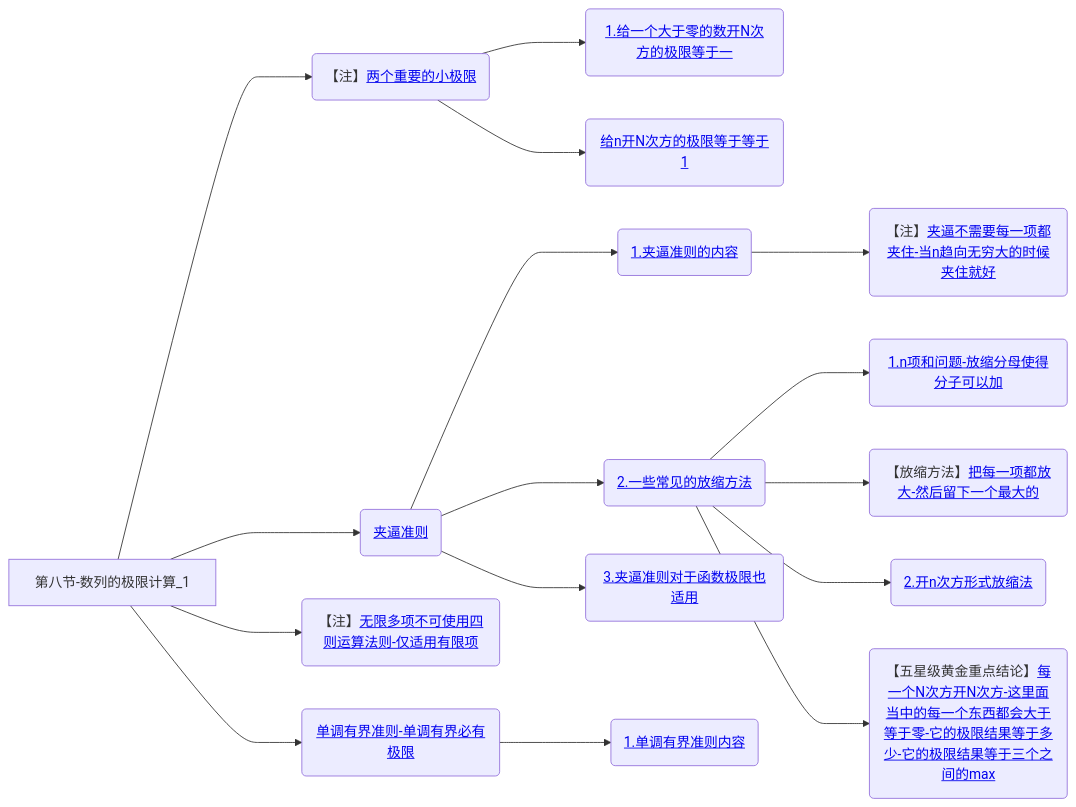
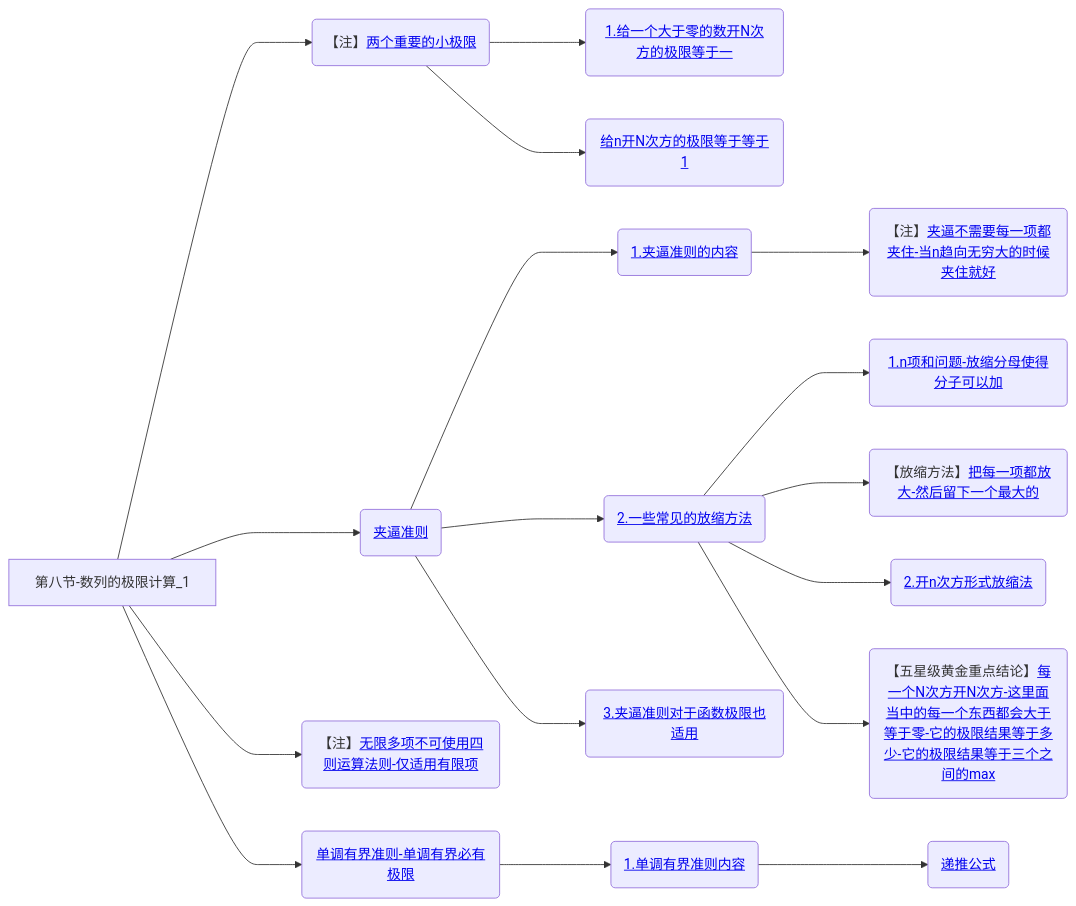
One commit to yuebinghui/note changed the eighth of 8 diagrams in 笔记/数学/周洋鑫/01.基础班思维导图.md. Above: the diagram before and after it, drawn with Mermaid. The commit also changed 9 other files, not shown here.

````diff
--- a/笔记/数学/周洋鑫/01.基础班思维导图.md
+++ b/笔记/数学/周洋鑫/01.基础班思维导图.md
@@ -311,26 +311,27 @@
 ```mermaid
 graph LR
 第八节-数列的极限计算_1
 
 第八节-数列的极限计算_1--->两个重要的小极限(【注】<a href="/Users/yuebinghui/Documents/program/github/note/笔记/数学/周洋鑫/基础班/08.数列的极限计算_1.md#两个重要的小极限">两个重要的小极限</>)
 两个重要的小极限--->1.给一个大于零的数开N次方的极限等于一(<a href="/Users/yuebinghui/Documents/program/github/note/笔记/数学/周洋鑫/基础班/08.数列的极限计算_1.md#1.给一个大于零的数开N次方的极限等于一">1.给一个大于零的数开N次方的极限等于一</>)
 两个重要的小极限--->给n开N次方的极限等于等于1(<a href="/Users/yuebinghui/Documents/program/github/note/笔记/数学/周洋鑫/基础班/08.数列的极限计算_1.md#给n开N次方的极限等于等于1">给n开N次方的极限等于等于1</>)
 
 第八节-数列的极限计算_1--->夹逼准则(<a href="/Users/yuebinghui/Documents/program/github/note/笔记/数学/周洋鑫/基础班/08.数列的极限计算_1.md#夹逼准则">夹逼准则</>)
 夹逼准则--->1.夹逼准则的内容(<a href="/Users/yuebinghui/Documents/program/github/note/笔记/数学/周洋鑫/基础班/08.数列的极限计算_1.md#1.夹逼准则的内容">1.夹逼准则的内容</>)
 1.夹逼准则的内容--->夹逼不需要每一项都夹住-当n趋向无穷大的时候夹住就好(【注】<a href="/Users/yuebinghui/Documents/program/github/note/笔记/数学/周洋鑫/基础班/08.数列的极限计算_1.md#夹逼不需要每一项都夹住-当n趋向无穷大的时候夹住就好">夹逼不需要每一项都夹住-当n趋向无穷大的时候夹住就好</>)
 
 第八节-数列的极限计算_1--->无限多项不可使用四则运算法则-仅适用有限项(【注】<a href="/Users/yuebinghui/Documents/program/github/note/笔记/数学/周洋鑫/基础班/08.数列的极限计算_1.md#无限多项不可使用四则运算法则-仅适用有限项">无限多项不可使用四则运算法则-仅适用有限项</>)
 
 夹逼准则--->2.一些常见的放缩方法(<a href="/Users/yuebinghui/Documents/program/github/note/笔记/数学/周洋鑫/基础班/08.数列的极限计算_1.md#2.一些常见的放缩方法">2.一些常见的放缩方法</>)
 2.一些常见的放缩方法--->1.n项和问题-放缩分母使得分子可以加(<a href="/Users/yuebinghui/Documents/program/github/note/笔记/数学/周洋鑫/基础班/08.数列的极限计算_1.md#1.n项和问题-放缩分母使得分子可以加">1.n项和问题-放缩分母使得分子可以加</>)
 2.一些常见的放缩方法--->把每一项都放大-然后留下一个最大的(【放缩方法】<a href="/Users/yuebinghui/Documents/program/github/note/笔记/数学/周洋鑫/基础班/08.数列的极限计算_1.md#把每一项都放大-然后留下一个最大的">把每一项都放大-然后留下一个最大的</>)
 2.一些常见的放缩方法--->2.开n次方形式放缩法(<a href="/Users/yuebinghui/Documents/program/github/note/笔记/数学/周洋鑫/基础班/08.数列的极限计算_1.md#2.开n次方形式放缩法">2.开n次方形式放缩法</>)
 2.一些常见的放缩方法--->每一个N次方开N次方-这里面当中的每一个东西都会大于等于零-它的极限结果等于多少-它的极限结果等于三个之间的max(【五星级黄金重点结论】<a href="/Users/yuebinghui/Documents/program/github/note/笔记/数学/周洋鑫/基础班/08.数列的极限计算_1.md#每一个N次方开N次方-这里面当中的每一个东西都会大于等于零-它的极限结果等于多少-它的极限结果等于三个之间的max">每一个N次方开N次方-这里面当中的每一个东西都会大于等于零-它的极限结果等于多少-它的极限结果等于三个之间的max</>)
 
 夹逼准则--->3.夹逼准则对于函数极限也适用(<a href="/Users/yuebinghui/Documents/program/github/note/笔记/数学/周洋鑫/基础班/08.数列的极限计算_1.md#3.夹逼准则对于函数极限也适用">3.夹逼准则对于函数极限也适用</>)
 
 第八节-数列的极限计算_1--->单调有界准则-单调有界必有极限(<a href="/Users/yuebinghui/Documents/program/github/note/笔记/数学/周洋鑫/基础班/08.数列的极限计算_1.md#单调有界准则-单调有界必有极限">单调有界准则-单调有界必有极限</>)
 单调有界准则-单调有界必有极限--->1.单调有界准则内容(<a href="/Users/yuebinghui/Documents/program/github/note/笔记/数学/周洋鑫/基础班/08.数列的极限计算_1.md#1.单调有界准则内容">1.单调有界准则内容</>)
+1.单调有界准则内容--->递推公式(<a href="/Users/yuebinghui/Documents/program/github/note/笔记/数学/周洋鑫/基础班/08.数列的极限计算_1.md#递推公式">递推公式</>)
 
 ```
````
